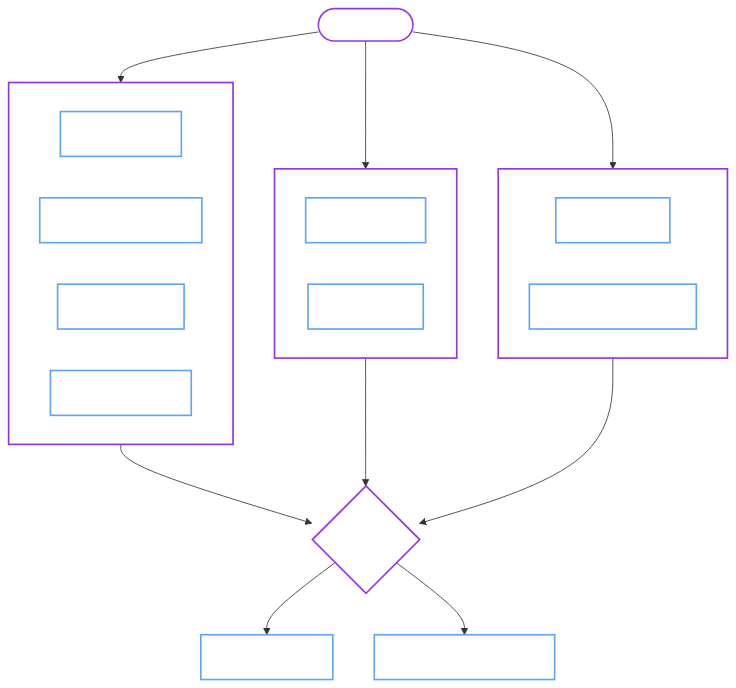
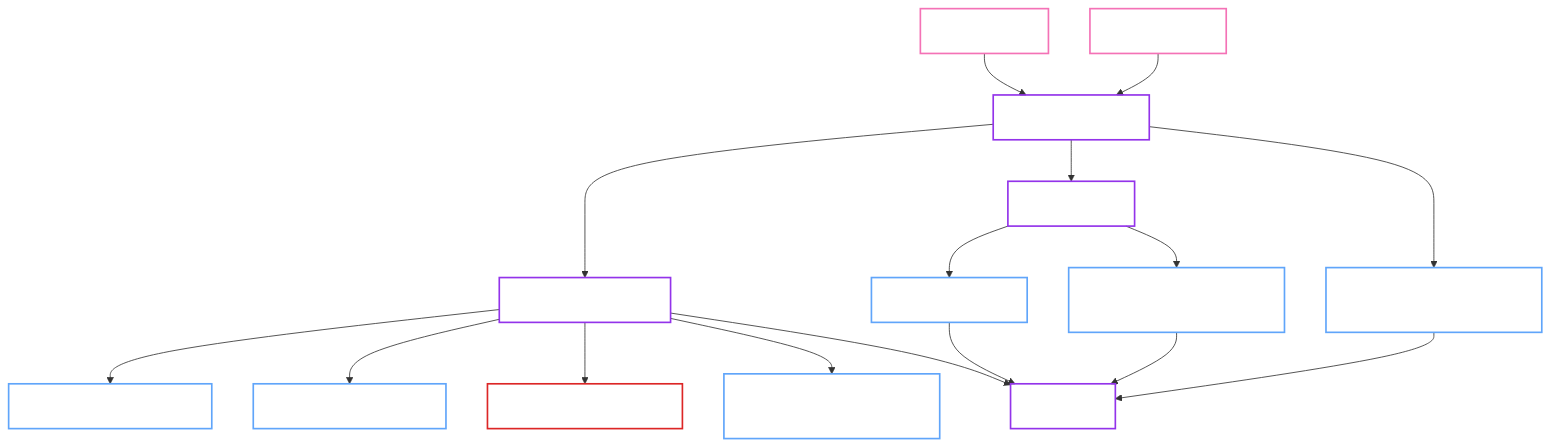
One commit to dc-tec/openbao-operator changed the first of 2 diagrams in docs/contributing/ci.md. Above: the diagram before and after it, drawn with Mermaid. The commit also changed other lines of this file, not shown here.

````diff
--- a/docs/contributing/ci.md
+++ b/docs/contributing/ci.md
@@ -9,38 +18,32 @@
 ```mermaid
 graph TD
-    PR([PR Created]) --> Static
-    PR --> Build
-    PR --> Unit
+    A[Pull request] --> B[Detect Changes]
+    C[Push to main] --> B
 
-    subgraph Static [Static Analysis]
-        Lint[Lint & Tidy]
-        Gen[Verify Generated]
-        Helm[Verify Helm]
-        Sec[Security Scan]
-    end
+    B --> D[Core quality gates]
+    D --> D1[Lint format tidy vendor]
+    D --> D2[Generated docs helm]
+    D --> D3[Security compatibility]
+    D --> D4[Unit and integration tests]
 
-    subgraph Build [Build Artifacts]
-        Docs[Build Docs]
-        Chart[Lint Chart]
-    end
+    B --> E[E2E routing]
+    E --> E1[Targeted shards]
+    E --> E2[Full suite with ci full e2e label]
+    B --> E3[Helm E2E smoke on chart changes]
 
-    subgraph Unit [Verification]
-        Sanity[Unit Tests]
-        Compat[OpenBao Compat]
-    end
+    D --> F[CI result]
+    E1 --> F
+    E2 --> F
+    E3 --> F
 
-    Static --> E2E{E2E Tests}
-    Build --> E2E
-    Unit --> E2E
+    classDef write fill:transparent,stroke:#22c55e,stroke-width:2px,color:#fff;
+    classDef read fill:transparent,stroke:#60a5fa,stroke-width:2px,color:#fff;
+    classDef security fill:transparent,stroke:#dc2626,stroke-width:2px,color:#fff;
+    classDef process fill:transparent,stroke:#9333ea,stroke-width:2px,color:#fff;
+    classDef git fill:transparent,stroke:#f472b6,stroke-width:2px,color:#fff;
 
-    E2E --> Smoke["Smoke Tests"]
-    E2E --> Full["Full Matrix (Nightly)"]
-
-    classDef process fill:transparent,stroke:#9333ea,stroke-width:2px,color:#fff;
-    classDef read fill:transparent,stroke:#60a5fa,stroke-width:2px,color:#fff;
-    classDef write fill:transparent,stroke:#22c55e,stroke-width:2px,color:#fff;
-    
-    class PR process;
-    class Static,Build,Unit,E2E process;
-    class Lint,Gen,Helm,Sec,Docs,Chart,Sanity,Compat,Smoke,Full read;
+    class A,C git;
+    class B,D,E,F process;
+    class D1,D2,D4,E1,E2,E3 read;
+    class D3 security;
 ```
````
